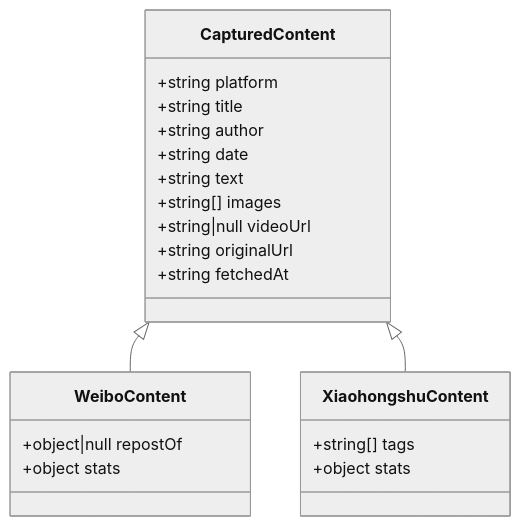
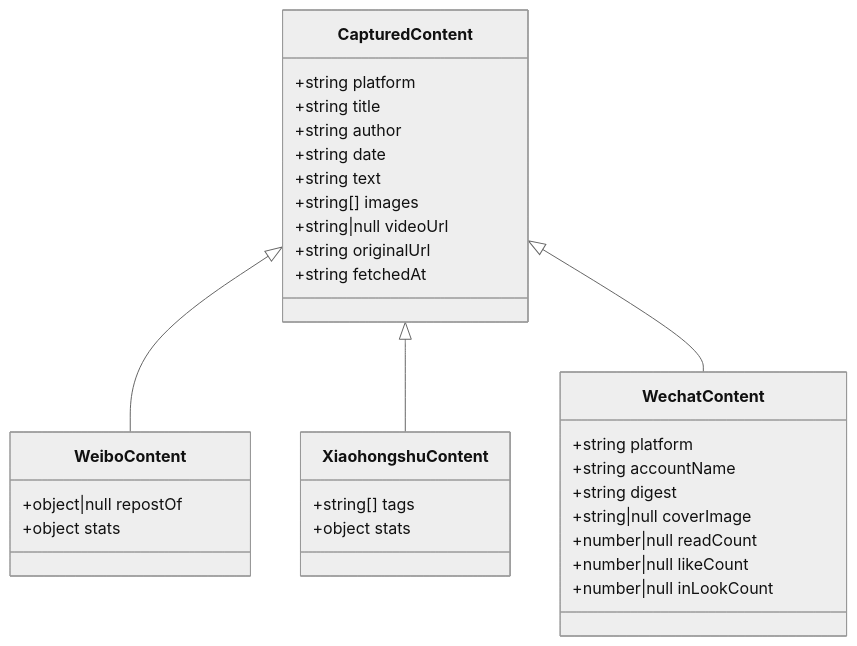
One commit to tt-bltn/LinkMind changed the fifth of 9 diagrams in docs/ARCH.md. Above: the diagram before and after it, drawn with Mermaid (neutral theme). The commit also changed other lines of this file and 5 other files, not shown here.

````diff
--- a/docs/ARCH.md
+++ b/docs/ARCH.md
@@ -168,27 +171,38 @@
 ```mermaid
 classDiagram
     class CapturedContent {
         +string platform
         +string title
         +string author
         +string date
         +string text
         +string[] images
         +string|null videoUrl
         +string originalUrl
         +string fetchedAt
     }
 
     class WeiboContent {
         +object|null repostOf
         +object stats
     }
 
     class XiaohongshuContent {
         +string[] tags
         +object stats
     }
 
+    class WechatContent {
+        +string platform
+        +string accountName
+        +string digest
+        +string|null coverImage
+        +number|null readCount
+        +number|null likeCount
+        +number|null inLookCount
+    }
+
     CapturedContent <|-- WeiboContent
     CapturedContent <|-- XiaohongshuContent
+    CapturedContent <|-- WechatContent
 ```
````
